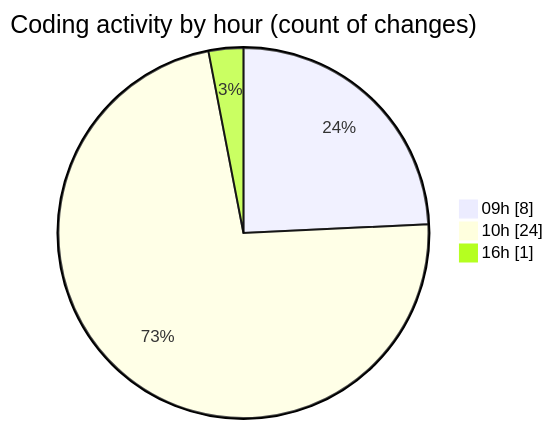
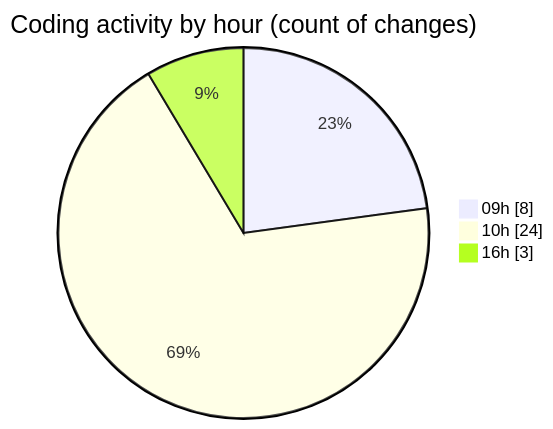
One commit to julien-gomy/code-tracking changed the second of 2 diagrams in 2025-10-09/eventscop-frontend-guide__workspace_/README.md. Above: the diagram before and after it, drawn with Mermaid. The commit also changed other lines of this file and 1 other file, not shown here.

````diff
--- a/2025-10-09/eventscop-frontend-guide__workspace_/README.md
+++ b/2025-10-09/eventscop-frontend-guide__workspace_/README.md
@@ -42,7 +42,7 @@
 ```mermaid
 pie showData
 title Coding activity by hour (count of changes)
 "09h" : 8
 "10h" : 24
-"16h" : 1
+"16h" : 3
 ```
````
